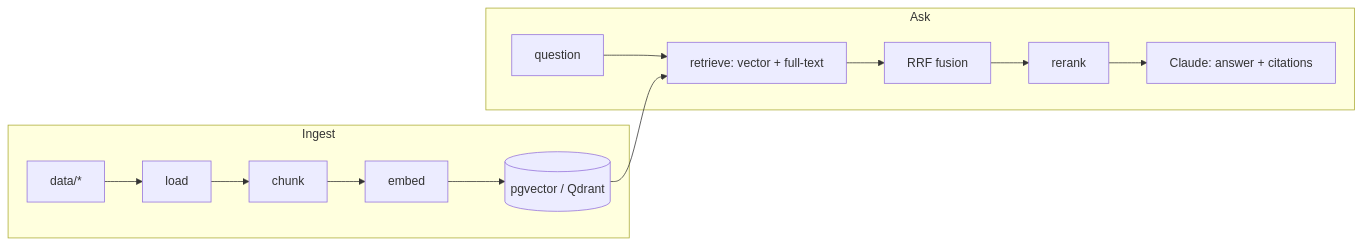
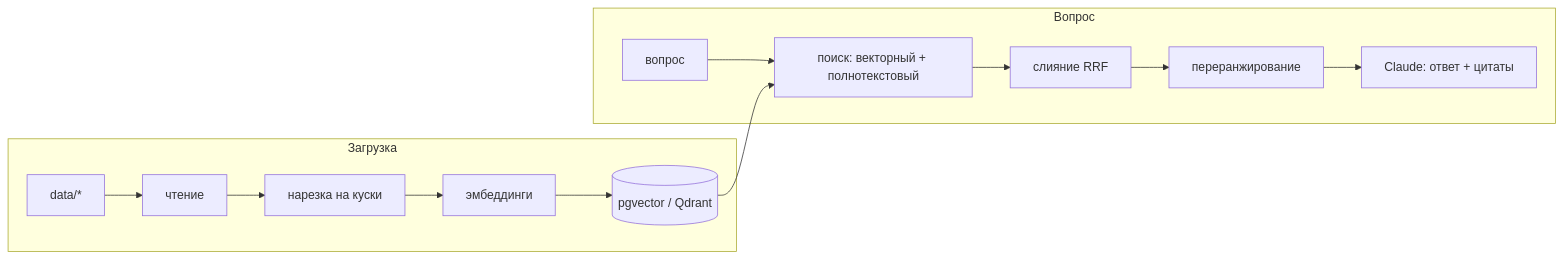
One commit to VasiliiKletkin/rag-lab changed the diagram in README.md. Above: the diagram before and after it, drawn with Mermaid. The commit also changed other lines of this file and 21 other files, not shown here.

````diff
--- a/README.md
+++ b/README.md
@@ -29,11 +30,11 @@
 ```mermaid
 flowchart LR
-    subgraph Ingest
-        F[data/*] --> L[load] --> C[chunk] --> E[embed] --> V[(pgvector / Qdrant)]
+    subgraph Загрузка
+        F[data/*] --> L[чтение] --> C[нарезка на куски] --> E[эмбеддинги] --> V[(pgvector / Qdrant)]
     end
-    subgraph Ask
-        Q[question] --> R[retrieve: vector + full-text] --> F2[RRF fusion] --> RR[rerank]
-        RR --> G[Claude: answer + citations]
+    subgraph Вопрос
+        Q[вопрос] --> R[поиск: векторный + полнотекстовый] --> F2[слияние RRF] --> RR[переранжирование]
+        RR --> G[Claude: ответ + цитаты]
     end
     V --> R
 ```
````
